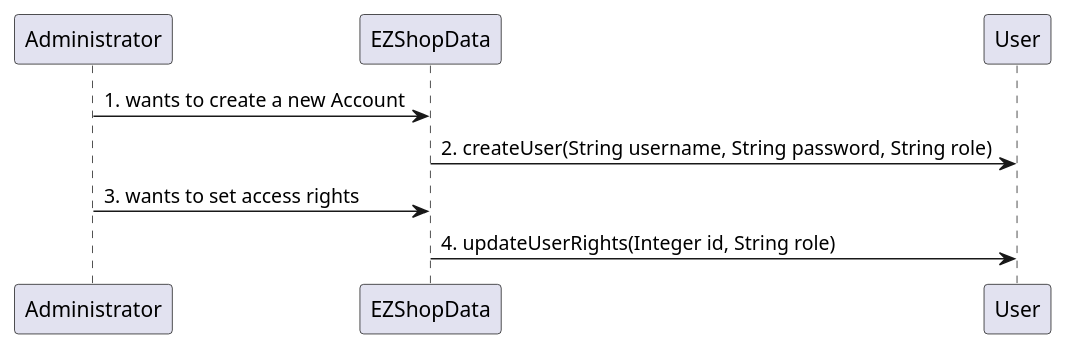
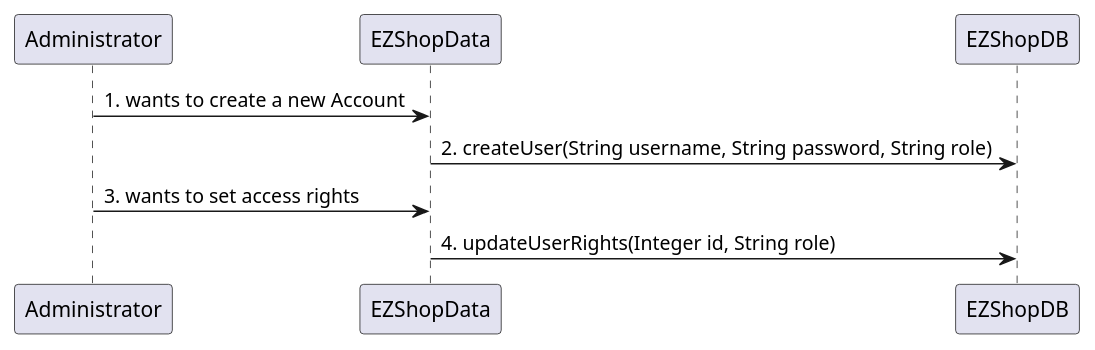
Before and after one commit to djemar/softeng_ezshop: the sixth of 31 diagrams in Deliverables/DesignDocument.md, drawn with PlantUML. The commit also changed other lines of this file, not shown here.

Commit message:
modified Verification sequence diagrams

````diff
--- a/Deliverables/DesignDocument.md
+++ b/Deliverables/DesignDocument.md
@@ -302,6 +305,6 @@
 ```plantuml
 "Administrator" -> "EZShopData": 1. wants to create a new Account
-"EZShopData" -> "User": 2. createUser(String username, String password, String role)
+"EZShopData" -> "EZShopDB": 2. createUser(String username, String password, String role)
 "Administrator" -> "EZShopData": 3. wants to set access rights
-"EZShopData" -> "User": 4. updateUserRights(Integer id, String role)
+"EZShopData" -> "EZShopDB": 4. updateUserRights(Integer id, String role)
 ```
````
